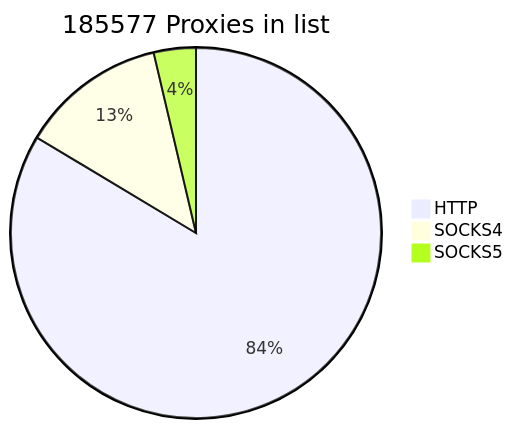
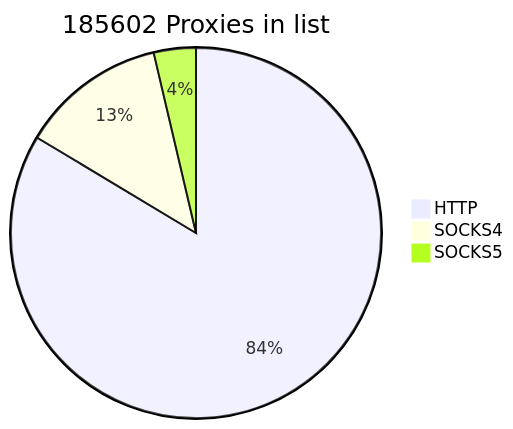
Before and after one commit to cutipu/proxylist: the first of 2 diagrams in README.md, drawn with Mermaid. The commit also changed other lines of this file, not shown here.

````diff
--- a/README.md
+++ b/README.md
@@ -2,7 +2,7 @@
 ```mermaid
-pie title 185577 Proxies in list
-    "HTTP" : 155148
+pie title 185602 Proxies in list
+    "HTTP" : 155173
     "SOCKS4" : 23618
     "SOCKS5" : 6811
             
 ```
````
